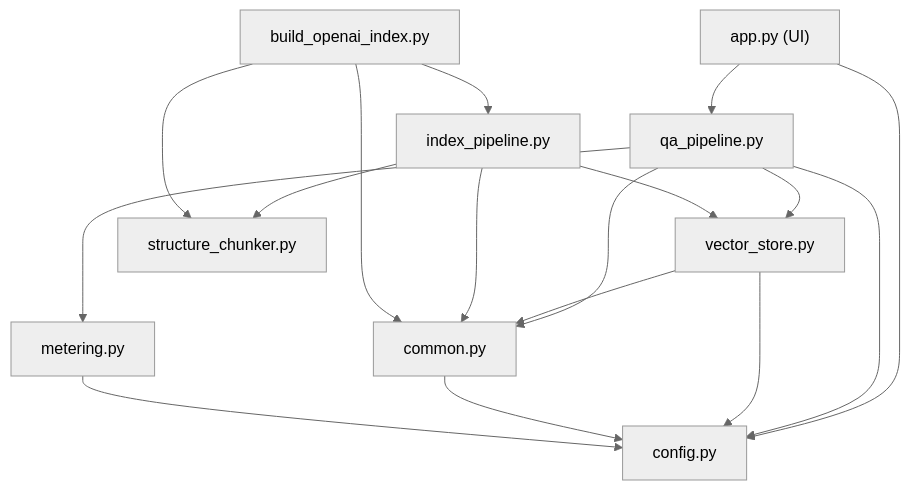
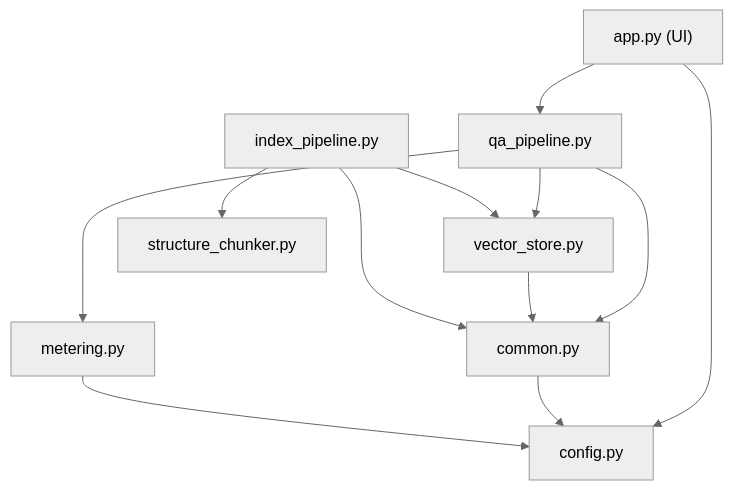
One commit to ElNino-o/konetic-report-rag changed the third of 3 diagrams in README.md. Above: the diagram before and after it, drawn with Mermaid (neutral theme). The commit also changed other lines of this file and 17 other files, not shown here.

````diff
--- a/README.md
+++ b/README.md
@@ -90,19 +85,14 @@
 ```mermaid
 flowchart TD
   app["app.py (UI)"] --> qa["qa_pipeline.py"]
   app --> cfg["config.py"]
   qa --> vs["vector_store.py"]
   qa --> com["common.py"]
   qa --> met["metering.py"]
-  qa --> cfg
   vs --> com
-  vs --> cfg
   com --> cfg
   met --> cfg
   idx["index_pipeline.py"] --> sc["structure_chunker.py"]
   idx --> com
   idx --> vs
-  boi["build_openai_index.py"] --> com
-  boi --> sc
-  boi --> idx
 ```
````
